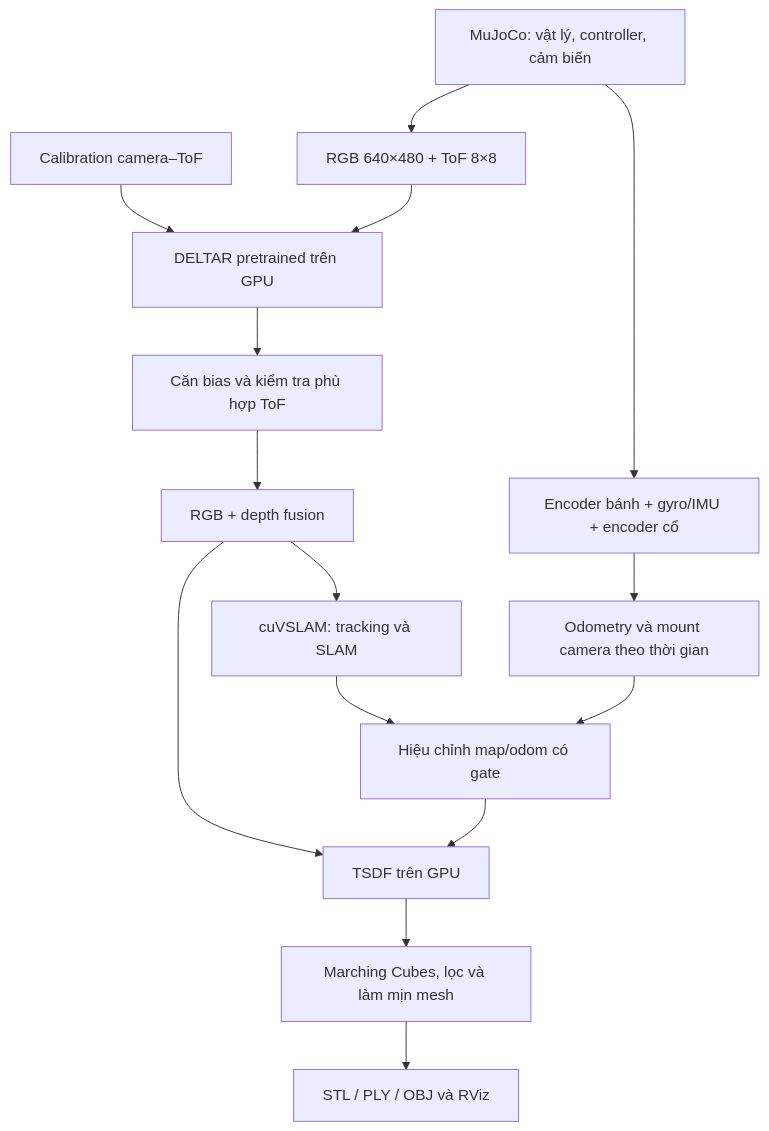
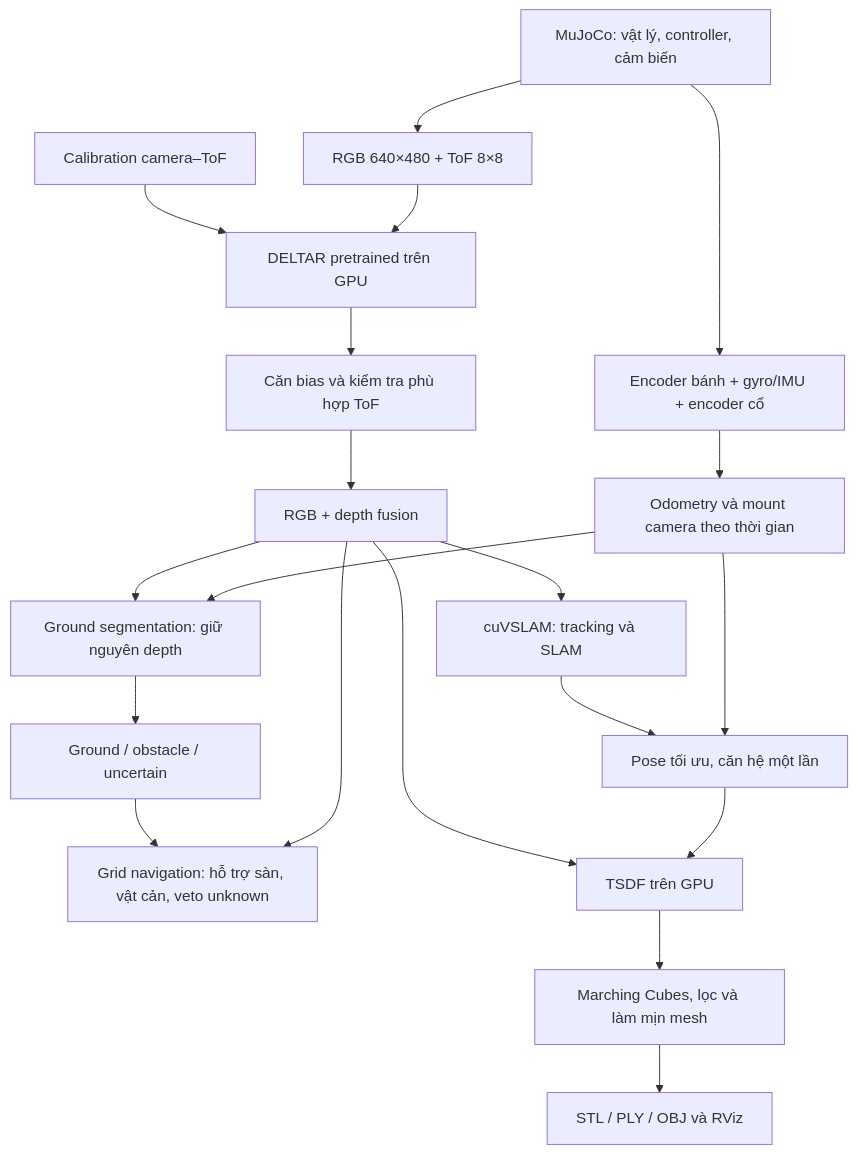
Before and after one commit to DangTinhPat/temSlam: the diagram in technology/scan3d_fusion/CURRENT_STATUS.md, drawn with Mermaid. The commit also changed other lines of this file and 202 other files, not shown here.

````diff
--- a/technology/scan3d_fusion/CURRENT_STATUS.md
+++ b/technology/scan3d_fusion/CURRENT_STATUS.md
@@ -24,17 +142,22 @@
 ```mermaid
 flowchart TD
     A[MuJoCo: vật lý, controller, cảm biến] --> B[RGB 640×480 + ToF 8×8]
     A --> C[Encoder bánh + gyro/IMU + encoder cổ]
     K[Calibration camera–ToF] --> D
     B --> D[DELTAR pretrained trên GPU]
     D --> E[Căn bias và kiểm tra phù hợp ToF]
     E --> F[RGB + depth fusion]
     F --> G[cuVSLAM: tracking và SLAM]
     C --> H[Odometry và mount camera theo thời gian]
-    G --> I[Hiệu chỉnh map/odom có gate]
+    G --> I[Pose tối ưu, căn hệ một lần]
     H --> I
+    F --> N[Ground segmentation: giữ nguyên depth]
+    H --> N
+    N --> O[Ground / obstacle / uncertain]
+    O --> P[Grid navigation: hỗ trợ sàn, vật cản, veto unknown]
+    F --> P
     F --> J[TSDF trên GPU]
     I --> J
     J --> L[Marching Cubes, lọc và làm mịn mesh]
     L --> M[STL / PLY / OBJ và RViz]
 ```
````
